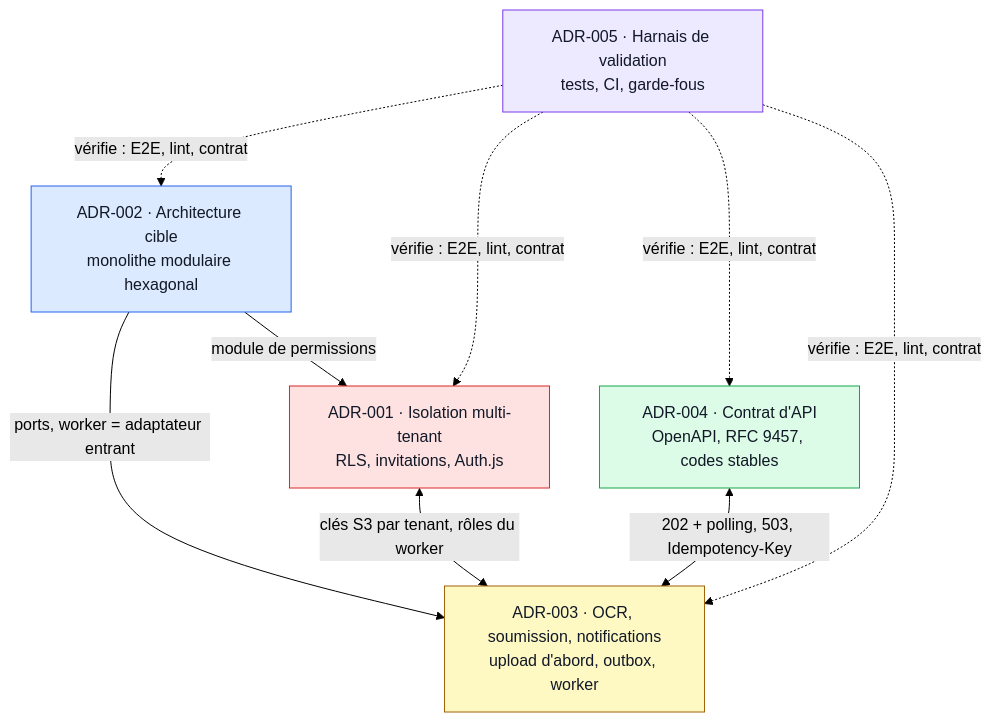
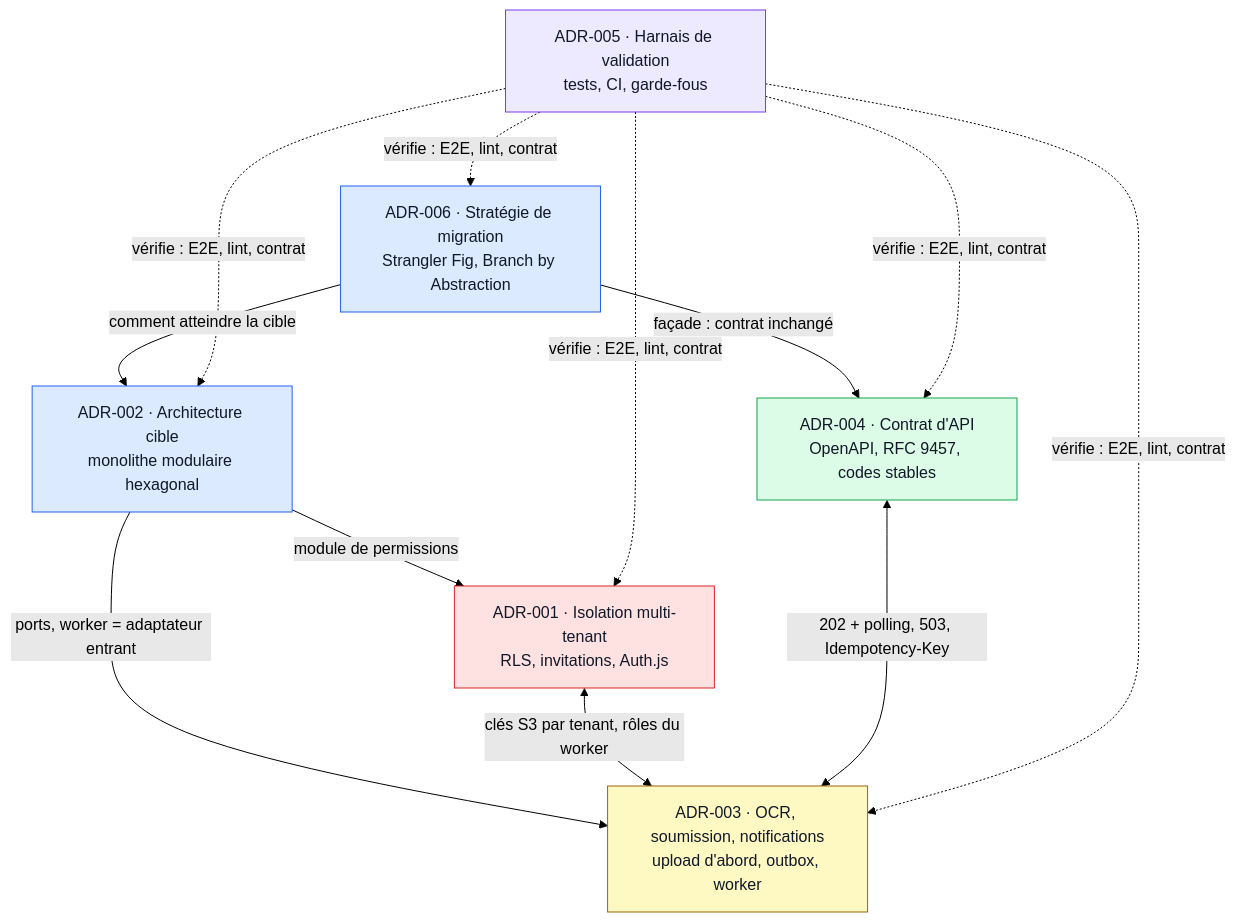
The diagram in docs/architecture/vues/adr.mmd (2-MORGAN/expense-io), drawn with Mermaid (forest theme) before and after one commit. The commit also changed 13 other files, not shown here.

First line of the commit message:
refactor(architecture): accès au reçu dans le domaine Expense (ADR-002 §3.2), docs à jour 2-536

```diff
--- a/docs/architecture/vues/adr.mmd
+++ b/docs/architecture/vues/adr.mmd
@@ -1,26 +1,29 @@
 flowchart TB
   %% Vue écrite à la main : la modifier ici, npm run generate:architecture la recopie dans docs/index.html.
   %% À tenir à jour avec docs/adr (CLAUDE.md, « Documentation développeur »).
 
   adr5["ADR-005 · Harnais de validation<br/>tests, CI, garde-fous"]
   adr2["ADR-002 · Architecture cible<br/>monolithe modulaire hexagonal"]
   adr1["ADR-001 · Isolation multi-tenant<br/>RLS, invitations, Auth.js"]
   adr3["ADR-003 · OCR, soumission, notifications<br/>upload d'abord, outbox, worker"]
   adr4["ADR-004 · Contrat d'API<br/>OpenAPI, RFC 9457, codes stables"]
+  adr6["ADR-006 · Stratégie de migration<br/>Strangler Fig, Branch by Abstraction"]
 
   adr2 -->|"module de permissions"| adr1
   adr2 -->|"ports, worker = adaptateur entrant"| adr3
   adr1 <-->|"clés S3 par tenant, rôles du worker"| adr3
   adr4 <-->|"202 + polling, 503, Idempotency-Key"| adr3
-  adr5 -.->|"vérifie : E2E, lint, contrat"| adr1 & adr2 & adr3 & adr4
+  adr6 -->|"comment atteindre la cible"| adr2
+  adr6 -->|"façade : contrat inchangé"| adr4
+  adr5 -.->|"vérifie : E2E, lint, contrat"| adr1 & adr2 & adr3 & adr4 & adr6
 
   classDef securite fill:#fee2e2,stroke:#dc2626,color:#111827
   classDef archi fill:#dbeafe,stroke:#2563eb,color:#111827
   classDef asynchrone fill:#fef9c3,stroke:#a16207,color:#111827
   classDef api fill:#dcfce7,stroke:#16a34a,color:#111827
   classDef qualite fill:#ede9fe,stroke:#7c3aed,color:#111827
   class adr1 securite
-  class adr2 archi
+  class adr2,adr6 archi
   class adr3 asynchrone
   class adr4 api
   class adr5 qualite
```
